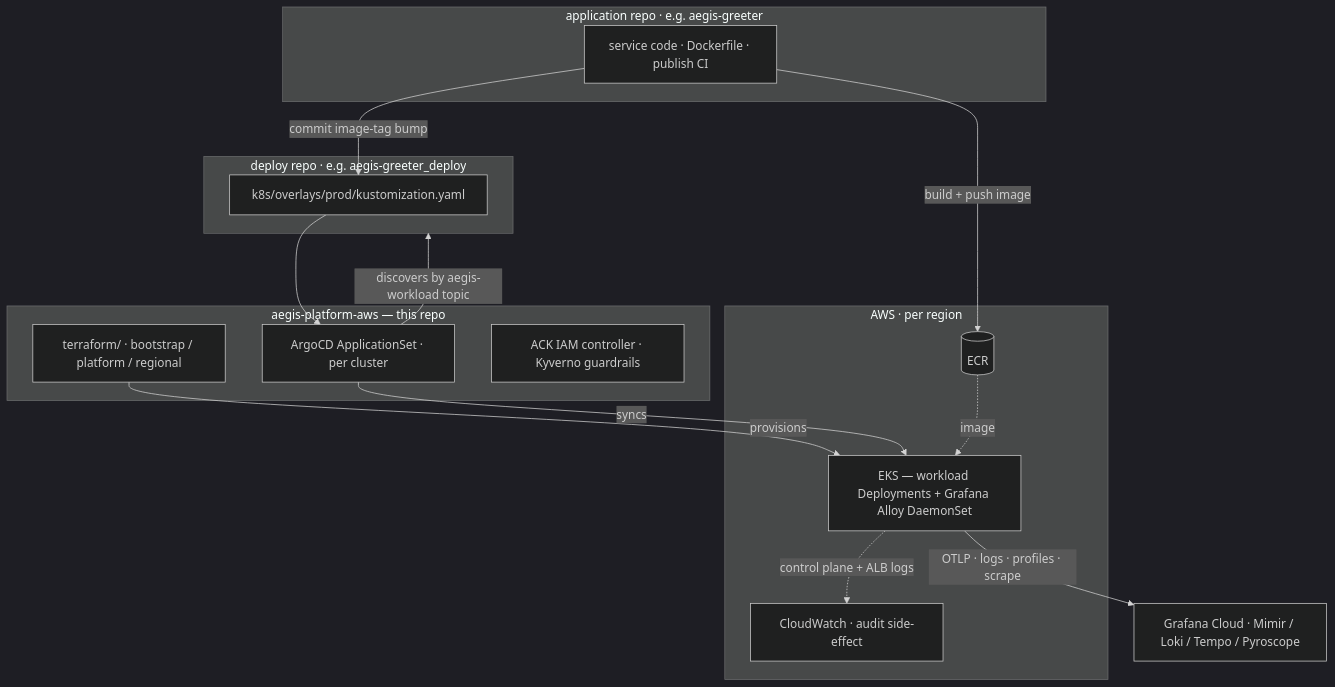
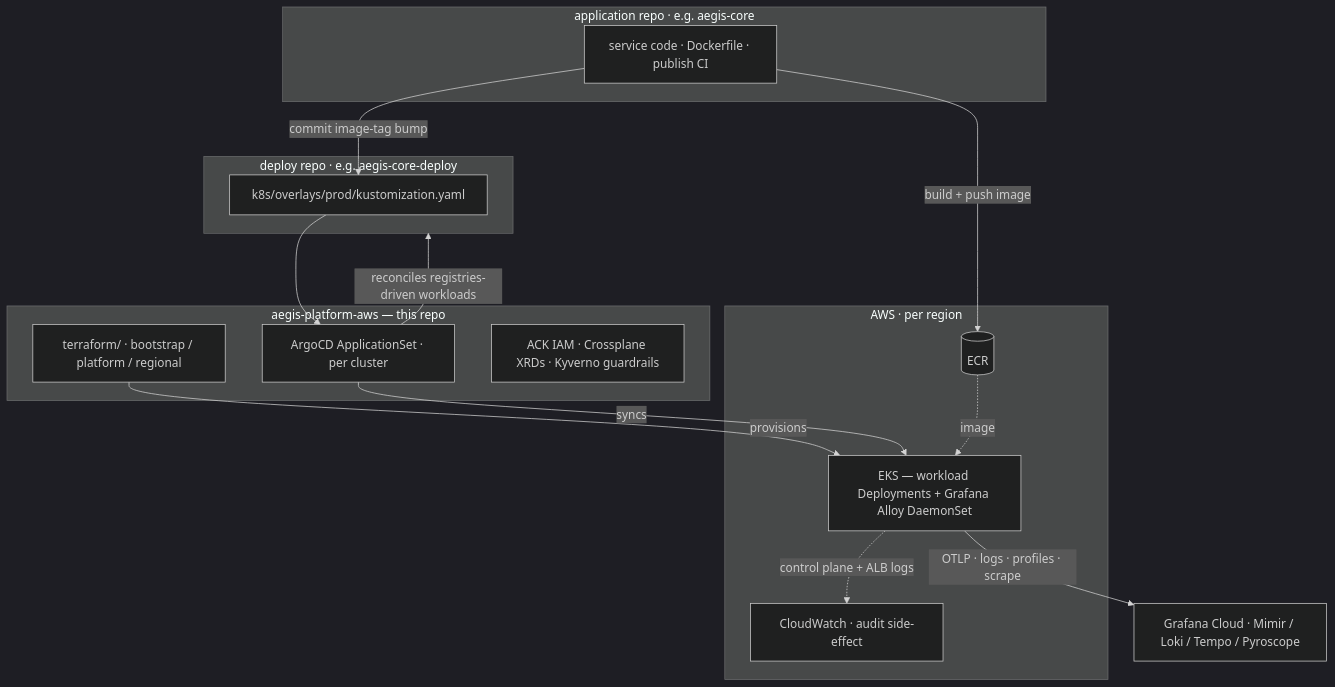
The second of 5 diagrams in README.md (BinHsu/aegis-platform-aws), drawn with Mermaid (dark theme) before and after one commit. The commit also changed other lines of this file and 7 other files, not shown here.

````diff
--- a/README.md
+++ b/README.md
@@ -36,30 +67,30 @@
 ```mermaid
 flowchart TB
-    subgraph app_repo["application repo · e.g. aegis-greeter"]
+    subgraph app_repo["application repo · e.g. aegis-core"]
         app["service code · Dockerfile · publish CI"]
     end
-    subgraph deploy_repo["deploy repo · e.g. aegis-greeter_deploy"]
+    subgraph deploy_repo["deploy repo · e.g. aegis-core-deploy"]
         kust["k8s/overlays/prod/kustomization.yaml"]
     end
     subgraph this_repo["aegis-platform-aws — this repo"]
         tf["terraform/ · bootstrap / platform / regional"]
         argocd["ArgoCD ApplicationSet · per cluster"]
-        ack["ACK IAM controller · Kyverno guardrails"]
+        ack["ACK IAM · Crossplane XRDs · Kyverno guardrails"]
     end
     subgraph aws["AWS · per region"]
         eks["EKS — workload Deployments + Grafana Alloy DaemonSet"]
         ecr[("ECR")]
         cw["CloudWatch · audit side-effect"]
     end
     gc["Grafana Cloud · Mimir / Loki / Tempo / Pyroscope"]
 
     app -->|build + push image| ecr
     app -->|commit image-tag bump| kust
     tf -->|provisions| eks
-    argocd -->|discovers by aegis-workload topic| deploy_repo
+    argocd -->|reconciles registries-driven workloads| deploy_repo
     kust --> argocd
     argocd -->|syncs| eks
     ecr -.image.-> eks
     eks -->|OTLP · logs · profiles · scrape| gc
     eks -.control plane + ALB logs.-> cw
 ```
````
